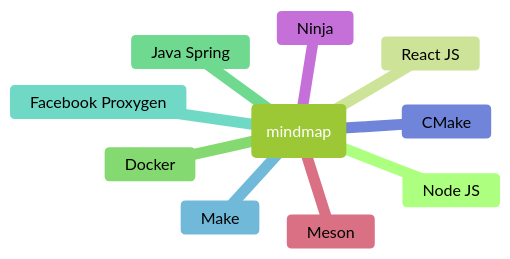
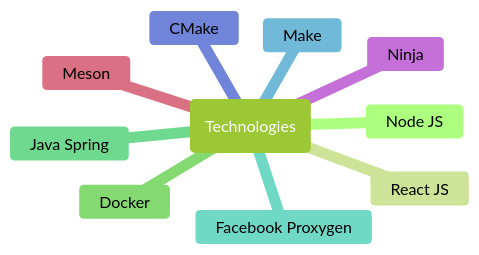
One commit to frefolli/github-profile changed the fourth of 4 diagrams in README.md. Above: the diagram before and after it, drawn with Mermaid (forest theme). The commit also changed other lines of this file and 2 other files, not shown here.

````diff
--- a/README.md
+++ b/README.md
@@ -44,13 +44,13 @@
 ```mermaid
 mindmap
-  root(mindmap)
+  root(Technologies)
     Node JS
     React JS
     Docker
     Java Spring
     Facebook Proxygen
     Make
     CMake
     Ninja
     Meson
 ```
````
